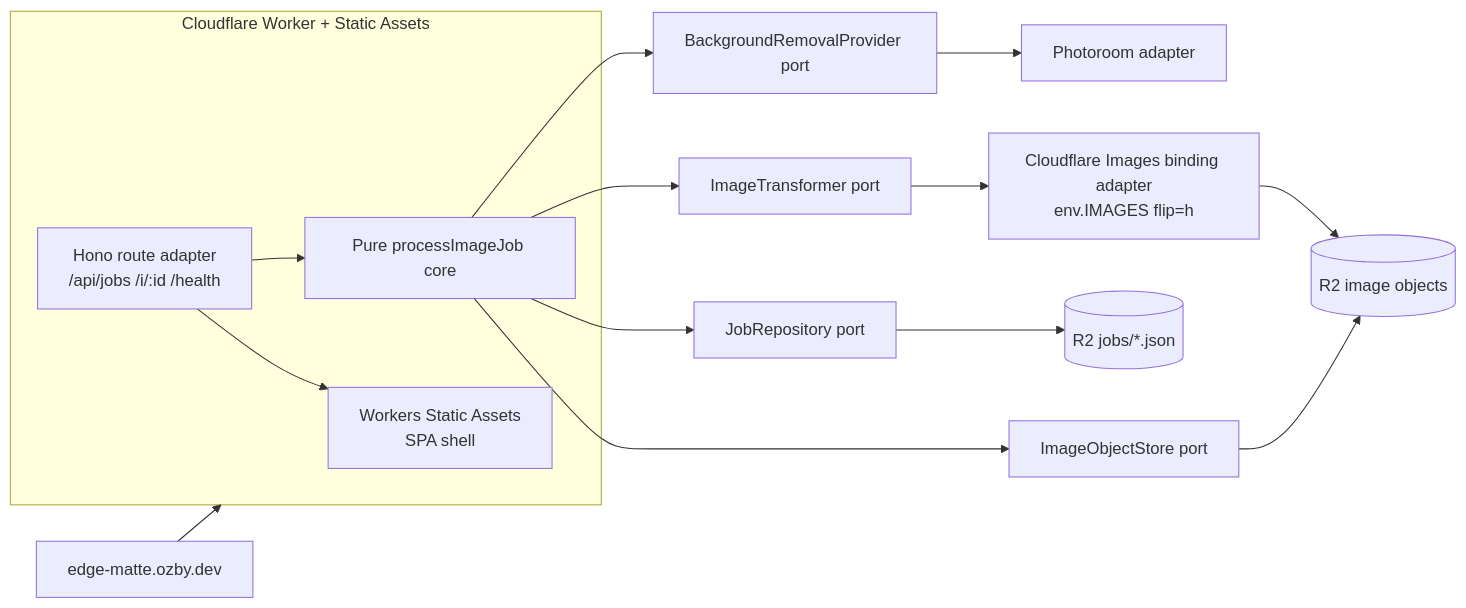
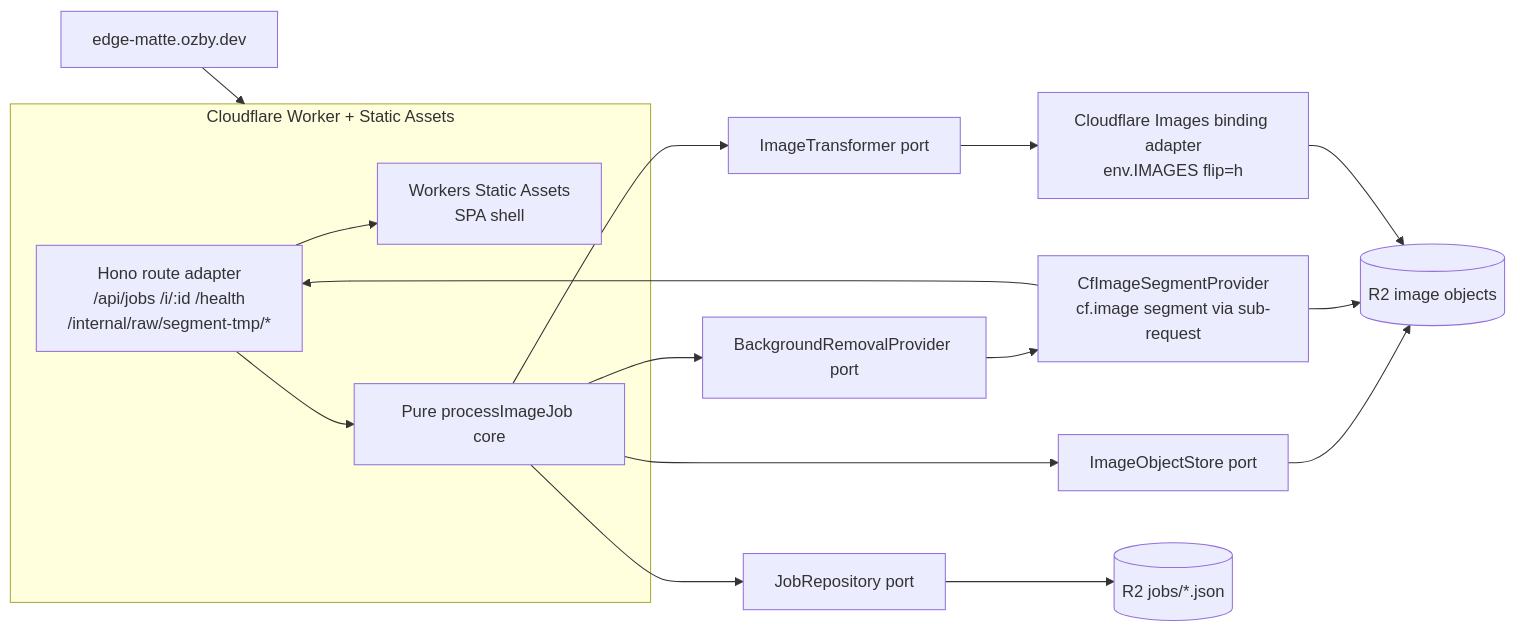
One commit to ozby/edge-matte changed the first of 10 diagrams in docs/architecture.md. Above: the diagram before and after it, drawn with Mermaid. The commit also changed other lines of this file and 6 other files, not shown here.

First line of the commit message:
fix(worker): close two R2 leaks introduced by the cf.image sub-request switch

````diff
--- a/docs/architecture.md
+++ b/docs/architecture.md
@@ -21,23 +21,25 @@
 ```mermaid
 flowchart LR
     DOMAIN[edge-matte.ozby.dev] --> WORKER[Cloudflare Worker]
 
     subgraph WORKER[Cloudflare Worker + Static Assets]
         ASSETS[Workers Static Assets<br/>SPA shell]
-        ROUTES[Hono route adapter<br/>/api/jobs /i/:id /health]
+        ROUTES[Hono route adapter<br/>/api/jobs /i/:id /health<br/>/internal/raw/segment-tmp/*]
         CORE[Pure processImageJob core]
         ROUTES --> CORE
         ROUTES --> ASSETS
     end
 
     CORE --> BGPORT[BackgroundRemovalProvider port]
     CORE --> IMGPORT[ImageTransformer port]
     CORE --> JOBPORT[JobRepository port]
     CORE --> STOREPORT[ImageObjectStore port]
 
-    BGPORT --> PHOTOROOM[Photoroom adapter]
+    BGPORT --> CFSEG[CfImageSegmentProvider<br/>cf.image segment via sub-request]
+    CFSEG --> ROUTES
     IMGPORT --> CFIMG[Cloudflare Images binding adapter<br/>env.IMAGES flip=h]
     JOBPORT --> R2[(R2 jobs/*.json)]
     STOREPORT --> R2BLOBS[(R2 image objects)]
+    CFSEG --> R2BLOBS
     CFIMG --> R2BLOBS
 ```
````
